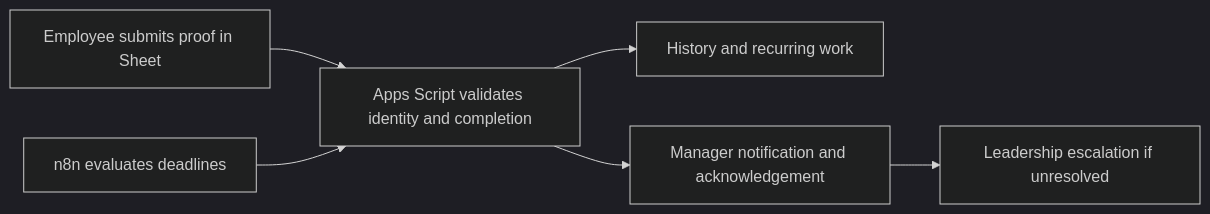
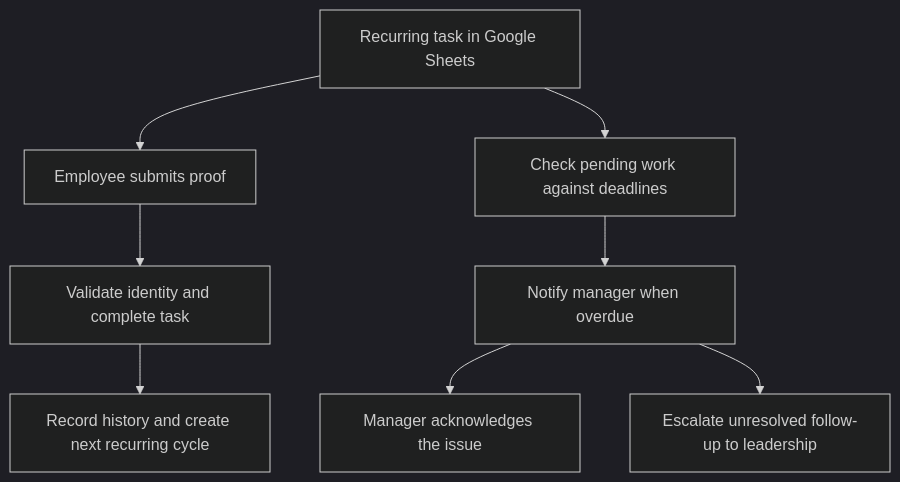
One commit to kabbersokhi-boop/recurring-ops-automation changed the diagram in README.md. Above: the diagram before and after it, drawn with Mermaid (dark theme). The commit also changed other lines of this file and 3 other files, not shown here.

````diff
--- a/README.md
+++ b/README.md
@@ -45,8 +28,10 @@
 ```mermaid
-flowchart LR
-  E[Employee submits proof in Sheet] --> B[Apps Script validates identity and completion]
-  B --> H[History and recurring work]
-  N[n8n evaluates deadlines] --> B
-  B --> M[Manager notification and acknowledgement]
-  M --> L[Leadership escalation if unresolved]
+flowchart TD
+  T[Recurring task in Google Sheets] --> A[Employee submits proof]
+  A --> B[Validate identity and complete task]
+  B --> C[Record history and create next recurring cycle]
+  T --> D[Check pending work against deadlines]
+  D --> E[Notify manager when overdue]
+  E --> F[Manager acknowledges the issue]
+  E --> G[Escalate unresolved follow-up to leadership]
 ```
````
